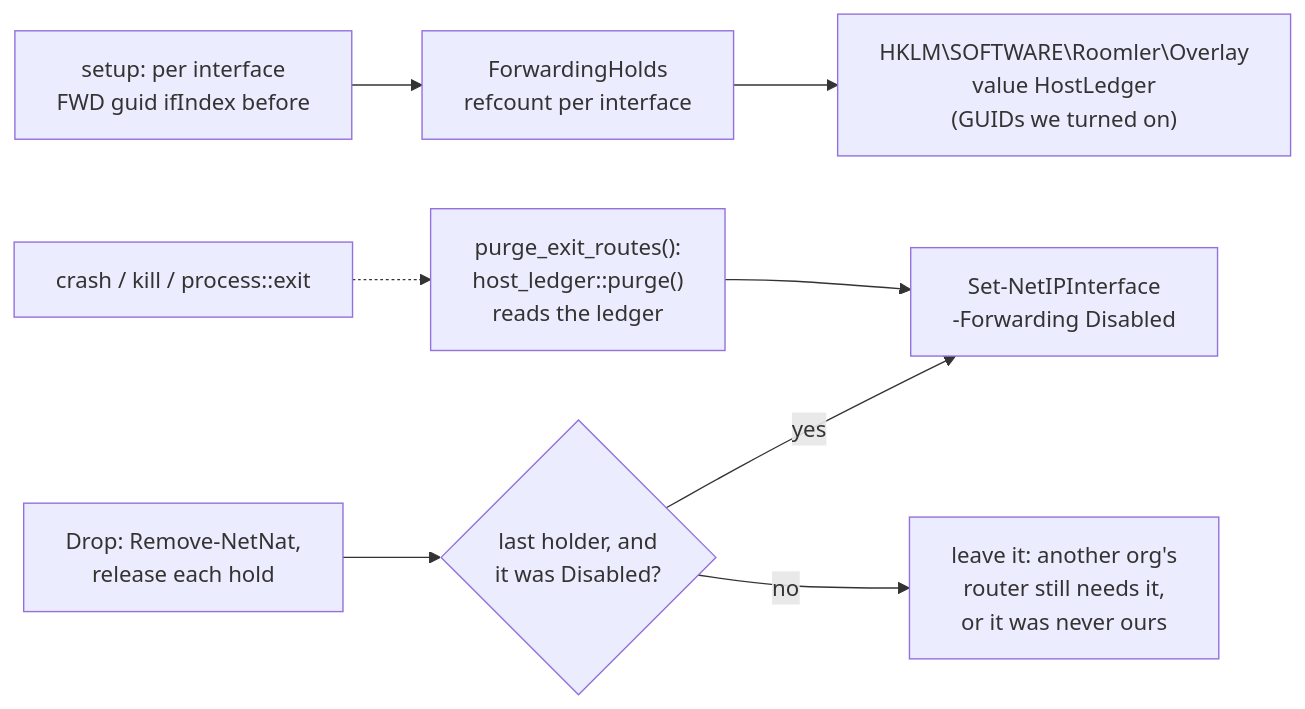
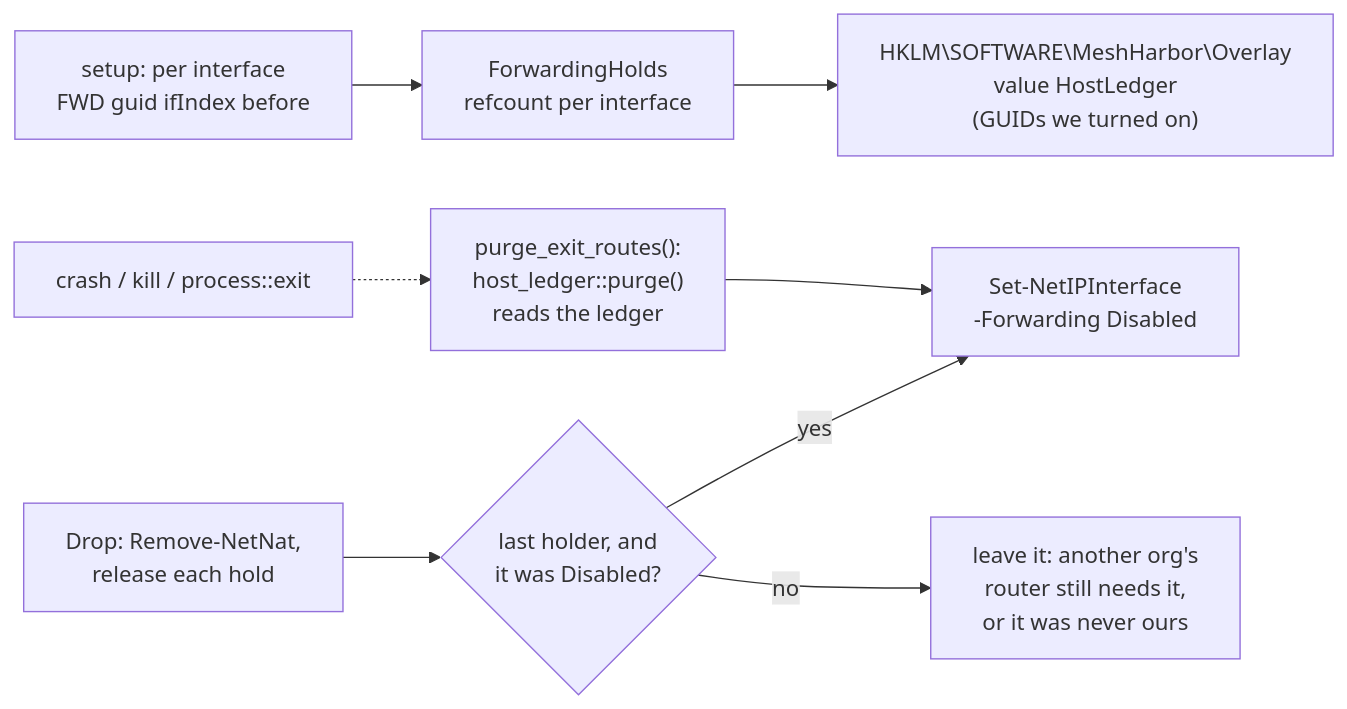
Before and after one commit to jk-zhang-meta/MeshHarbor: the third of 8 diagrams in docs/overlay-exit-nodes.md, drawn with Mermaid. The commit also changed other lines of this file and 682 other files, not shown here.

````diff
--- a/docs/overlay-exit-nodes.md
+++ b/docs/overlay-exit-nodes.md
@@ -259,9 +259,9 @@
 ```mermaid
 flowchart LR
     SETUP["setup: per interface<br/>FWD guid ifIndex before"] --> HOLD["ForwardingHolds<br/>refcount per interface"]
-    HOLD --> LEDGER["HKLM\SOFTWARE\Roomler\Overlay<br/>value HostLedger<br/>(GUIDs we turned on)"]
+    HOLD --> LEDGER["HKLM\SOFTWARE\MeshHarbor\Overlay<br/>value HostLedger<br/>(GUIDs we turned on)"]
     DROP["Drop: Remove-NetNat,<br/>release each hold"] --> LAST{"last holder, and<br/>it was Disabled?"}
     LAST -- yes --> OFF["Set-NetIPInterface<br/>-Forwarding Disabled"]
     LAST -- no --> KEEP["leave it: another org's<br/>router still needs it,<br/>or it was never ours"]
     CRASH["crash / kill / process::exit"] -.-> PURGE["purge_exit_routes():<br/>host_ledger::purge()<br/>reads the ledger"] --> OFF
 ```
````
